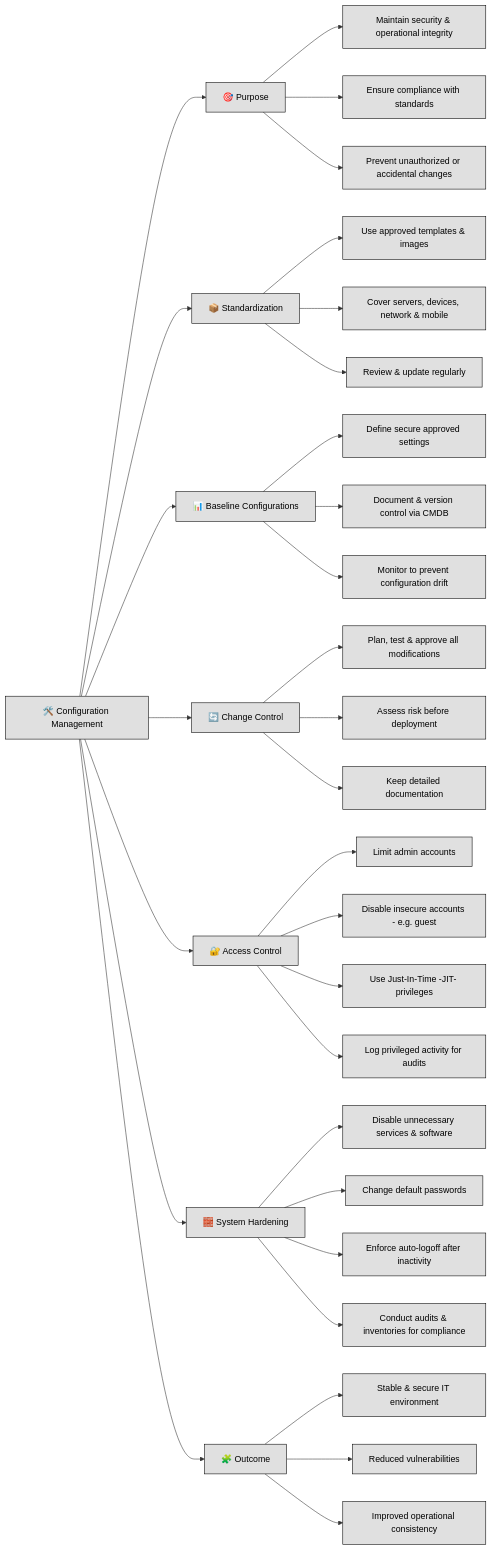
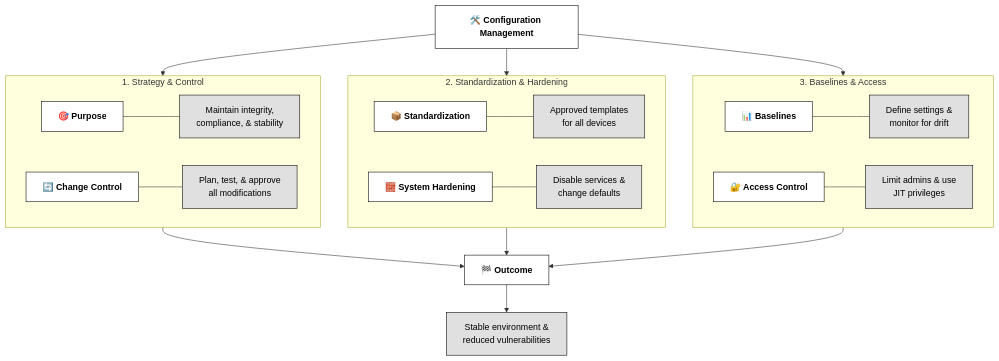
One commit to lorenzoleonelli/CISSP-Zero-to-Hero changed the diagram in DOMAIN2: Asset Security/2.D.1 Mastering Configuration Management: The Hidden Shield of Your IT Security.md. Above: the diagram before and after it, drawn with Mermaid.

Commit message:
Update 2.D.1 Mastering Configuration Management: The Hidden Shield of Your IT Security.md

````diff
--- a/DOMAIN2: Asset Security/2.D.1 Mastering Configuration Management: The Hidden Shield of Your IT Security.md
+++ b/DOMAIN2: Asset Security/2.D.1 Mastering Configuration Management: The Hidden Shield of Your IT Security.md
@@ -17,43 +17,33 @@
 ```mermaid
 
-flowchart LR
-    A[🛠️ Configuration Management] --> B[🎯 Purpose]
-    B --> B1[Maintain security & operational integrity]
-    B --> B2[Ensure compliance with standards]
-    B --> B3[Prevent unauthorized or accidental changes]
+flowchart TD
+    A["🛠️ <b>Configuration Management</b>"]
 
-    A --> C[📦 Standardization]
-    C --> C1[Use approved templates & images]
-    C --> C2[Cover servers, devices, network & mobile]
-    C --> C3[Review & update regularly]
+    subgraph Governance ["1. Strategy & Control"]
+    B[🎯 Purpose] --- B_txt["Maintain integrity,<br/>compliance, & stability"]
+    E[🔄 Change Control] --- E_txt["Plan, test, & approve<br/>all modifications"]
+    end
 
-    A --> D[📊 Baseline Configurations]
-    D --> D1[Define secure approved settings]
-    D --> D2[Document & version control via CMDB]
-    D --> D3[Monitor to prevent configuration drift]
+    subgraph Setup ["2. Standardization & Hardening"]
+    C[📦 Standardization] --- C_txt["Approved templates<br/>for all devices"]
+    G[🧱 System Hardening] --- G_txt["Disable services &<br/>change defaults"]
+    end
 
-    A --> E[🔄 Change Control]
-    E --> E1[Plan, test & approve all modifications]
-    E --> E2[Assess risk before deployment]
-    E --> E3[Keep detailed documentation]
+    subgraph Ops ["3. Baselines & Access"]
+    D[📊 Baselines] --- D_txt["Define settings &<br/>monitor for drift"]
+    F[🔐 Access Control] --- F_txt["Limit admins & use<br/>JIT privileges"]
+    end
 
-    A --> F[🔐 Access Control]
-    F --> F1[Limit admin accounts]
-    F --> F2[Disable insecure accounts - e.g. guest]
-    F --> F3[Use Just-In-Time -JIT- privileges]
-    F --> F4[Log privileged activity for audits]
+    H["🏁 <b>Outcome</b>"] --> H_txt["Stable environment &<br/>reduced vulnerabilities"]
 
-    A --> G[🧱 System Hardening]
-    G --> G1[Disable unnecessary services & software]
-    G --> G2[Change default passwords]
-    G --> G3[Enforce auto-logoff after inactivity]
-    G --> G4[Conduct audits & inventories for compliance]
-
-    A --> H[🧩 Outcome]
-    H --> H1[Stable & secure IT environment]
-    H --> H2[Reduced vulnerabilities]
-    H --> H3[Improved operational consistency]
+    A --> Governance
+    A --> Setup
+    A --> Ops
+    Governance & Setup & Ops --> H
 
     classDef center fill:#ffffff,color:#000000,stroke:#000000,stroke-width:1px,font-weight:bold
     classDef node fill:#e0e0e0,color:#000000,stroke:#000000,stroke-width:1px
+
+    class A,B,C,D,E,F,G,H center
+    class B_txt,C_txt,D_txt,E_txt,F_txt,G_txt,H_txt node
 ```
````
